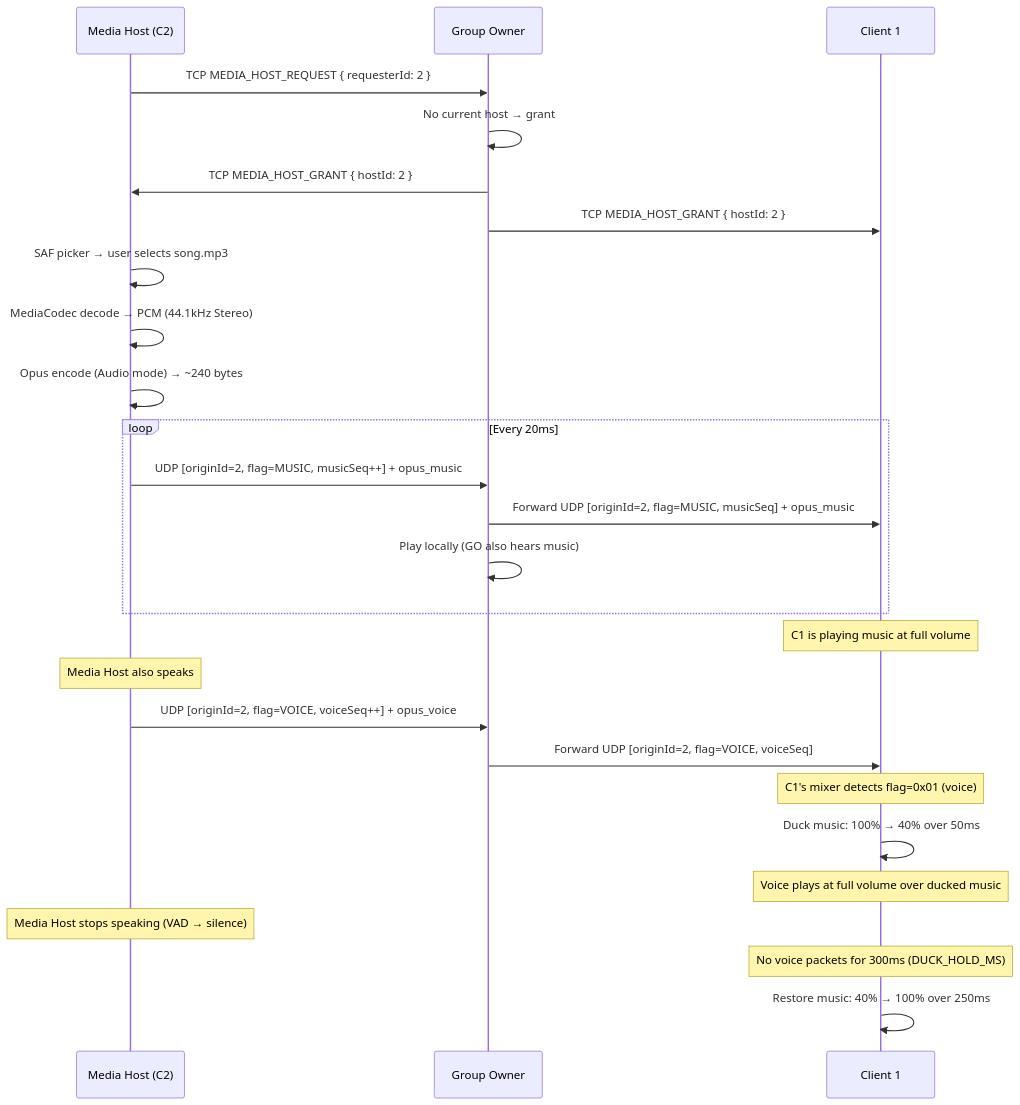
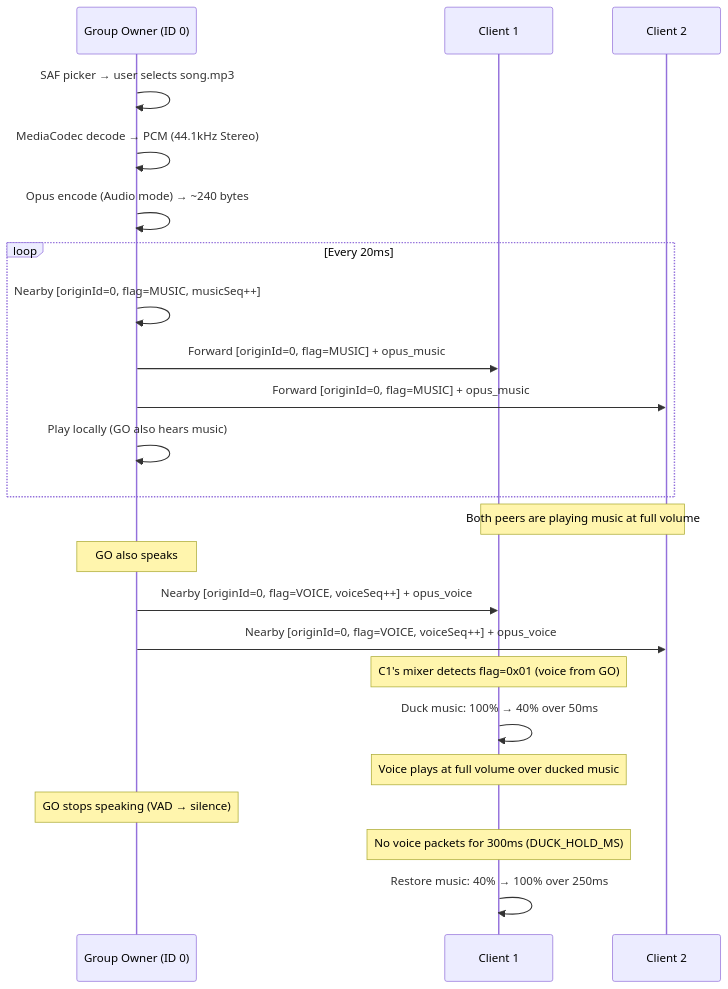
Before and after one commit to WINDY-WINDWARD/PeerSync: the ninth of 16 diagrams in docs/ImplementationGuidelines.md, drawn with Mermaid. The commit also changed other lines of this file and 19 other files, not shown here.

Commit message:
feat: implement pure Wi-Fi Direct socket architecture, auto-discovery, and QR code fast-join

````diff
--- a/docs/ImplementationGuidelines.md
+++ b/docs/ImplementationGuidelines.md
@@ -513,37 +524,33 @@
 ```mermaid
 sequenceDiagram
-    participant MH as Media Host (C2)
-    participant GO as Group Owner
+    participant GO as Group Owner (ID 0)
     participant C1 as Client 1
+    participant C2 as Client 2
 
-    MH->>GO: TCP MEDIA_HOST_REQUEST { requesterId: 2 }
-    GO->>GO: No current host → grant
-    GO->>MH: TCP MEDIA_HOST_GRANT { hostId: 2 }
-    GO->>C1: TCP MEDIA_HOST_GRANT { hostId: 2 }
-
-    MH->>MH: SAF picker → user selects song.mp3
-    MH->>MH: MediaCodec decode → PCM (44.1kHz Stereo)
-    MH->>MH: Opus encode (Audio mode) → ~240 bytes
+    GO->>GO: SAF picker → user selects song.mp3
+    GO->>GO: MediaCodec decode → PCM (44.1kHz Stereo)
+    GO->>GO: Opus encode (Audio mode) → ~240 bytes
 
     loop Every 20ms
-        MH->>GO: UDP [originId=2, flag=MUSIC, musicSeq++] + opus_music
-        GO->>C1: Forward UDP [originId=2, flag=MUSIC, musicSeq] + opus_music
+        GO->>GO: Nearby [originId=0, flag=MUSIC, musicSeq++]
+        GO->>C1: Forward [originId=0, flag=MUSIC] + opus_music
+        GO->>C2: Forward [originId=0, flag=MUSIC] + opus_music
         GO->>GO: Play locally (GO also hears music)
     end
 
-    Note over C1: C1 is playing music at full volume
+    Note over C1,C2: Both peers are playing music at full volume
 
-    Note over MH: Media Host also speaks
+    Note over GO: GO also speaks
 
-    MH->>GO: UDP [originId=2, flag=VOICE, voiceSeq++] + opus_voice
-    GO->>C1: Forward UDP [originId=2, flag=VOICE, voiceSeq]
+    GO->>C1: Nearby [originId=0, flag=VOICE, voiceSeq++] + opus_voice
+    GO->>C2: Nearby [originId=0, flag=VOICE, voiceSeq++] + opus_voice
 
-    Note over C1: C1's mixer detects flag=0x01 (voice)
+    Note over C1: C1's mixer detects flag=0x01 (voice from GO)
     C1->>C1: Duck music: 100% → 40% over 50ms
     Note over C1: Voice plays at full volume over ducked music
 
-    Note over MH: Media Host stops speaking (VAD → silence)
+    Note over GO: GO stops speaking (VAD → silence)
 
     Note over C1: No voice packets for 300ms (DUCK_HOLD_MS)
     C1->>C1: Restore music: 40% → 100% over 250ms
 ```
````
